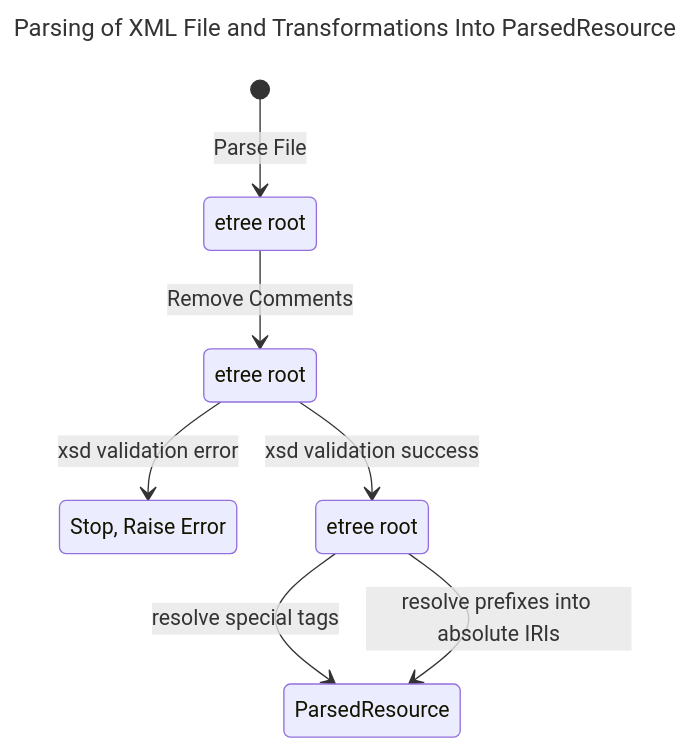
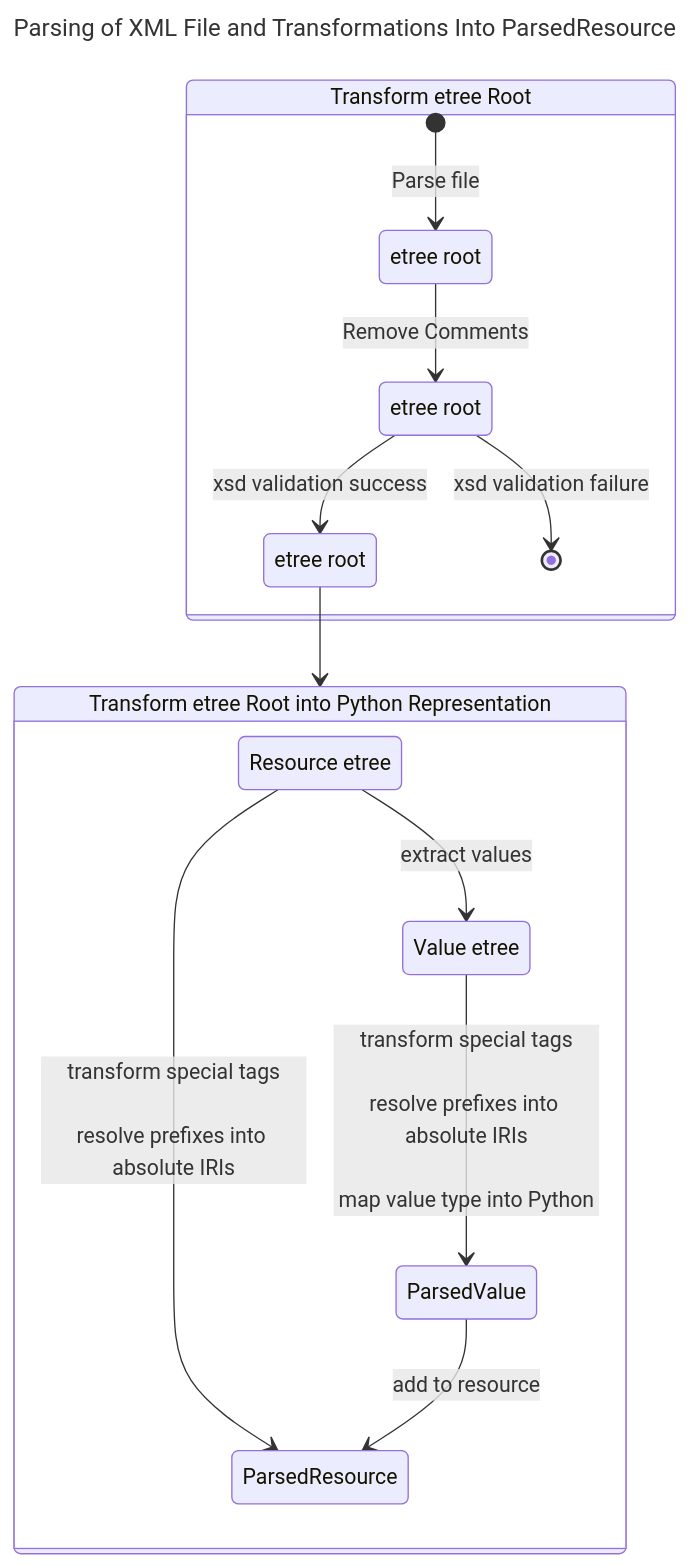
Before and after one commit to dasch-swiss/dsp-tools: the first of 2 diagrams in docs/developers/architecture.md, drawn with Mermaid. The commit also changed other lines of this file, not shown here.

````diff
--- a/docs/developers/architecture.md
+++ b/docs/developers/architecture.md
@@ -8,17 +8,33 @@
 ```mermaid
 ---
 title: Parsing of XML File and Transformations Into ParsedResource
 ---
 stateDiagram-v2
-    state "etree root" as r1
-    state "etree root" as r2
-    state "Stop, Raise Error" as raiseerr
-    state "etree root" as r3
-    state "ParsedResource" as parsedres
-    [*]-->r1: Parse File
-    r1-->r2: Remove Comments
-    r2-->r3: xsd validation success
-    r2-->raiseerr: xsd validation error
-    r3-->parsedres: resolve special tags
-    r3-->parsedres: resolve prefixes into absolute IRIs
+
+state "Transform etree Root" as eroot
+state "Transform etree Root into Python Representation" as transpy
+
+
+r3-->transpy
+
+    state eroot {
+        state "etree root" as r1
+        state "etree root" as r2
+        state "etree root" as r3
+        [*]-->r1: Parse file
+        r1-->r2: Remove Comments
+        r2-->[*]: xsd validation failure
+        r2-->r3: xsd validation success
+    }
+
+    state transpy {
+        state "Resource etree" as resetree
+        state "ParsedResource" as respars
+        state "Value etree" as valtree
+        state "ParsedValue" as valpars
+        resetree-->valtree: extract values
+        valtree-->valpars: transform special tags</br></br>resolve prefixes into absolute IRIs</br></br>map value type into Python
+        resetree-->respars: transform special tags</br></br>resolve prefixes into absolute IRIs
+        valpars-->respars: add to resource
+    }
 ```
````
